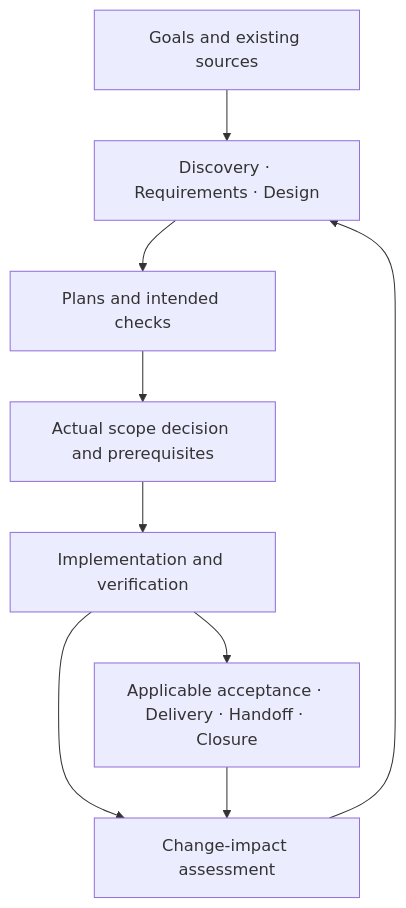
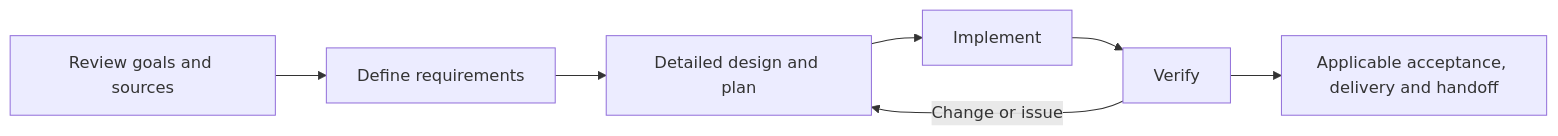
Before and after one commit to exoluse/project_harness: the diagram in README.en.md, drawn with Mermaid. The commit also changed other lines of this file and 1 other file, not shown here.

````diff
--- a/README.en.md
+++ b/README.en.md
@@ -192,11 +43,9 @@
 ```mermaid
-flowchart TD
-    A["Goals and existing sources"] --> B["Discovery · Requirements · Design"]
-    B --> C["Plans and intended checks"]
-    C --> D["Actual scope decision and prerequisites"]
-    D --> E["Implementation and verification"]
-    E --> F["Applicable acceptance · Delivery · Handoff · Closure"]
-    E --> G["Change-impact assessment"]
-    F --> G
-    G --> B
+flowchart LR
+    A["Review goals and sources"] --> B["Define requirements"]
+    B --> C["Detailed design and plan"]
+    C --> D["Implement"]
+    D --> E["Verify"]
+    E --> F["Applicable acceptance, delivery and handoff"]
+    E -->|Change or issue| C
 ```
````
